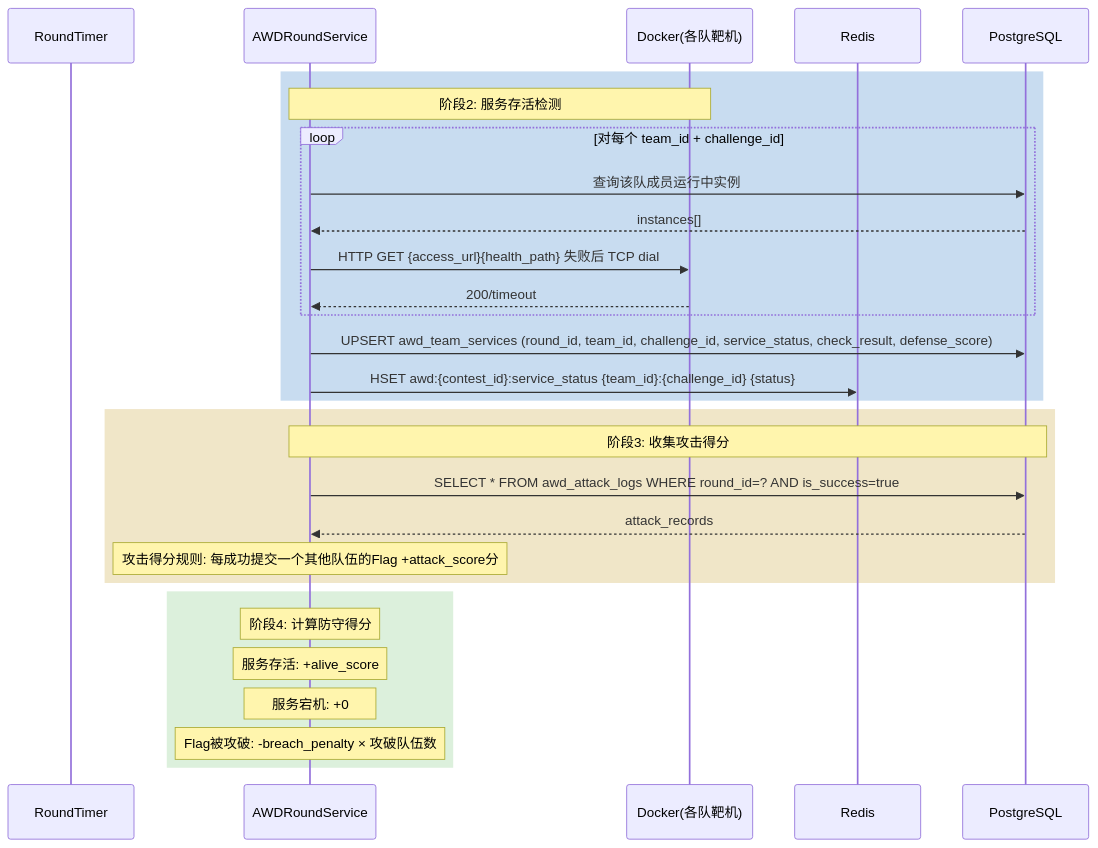
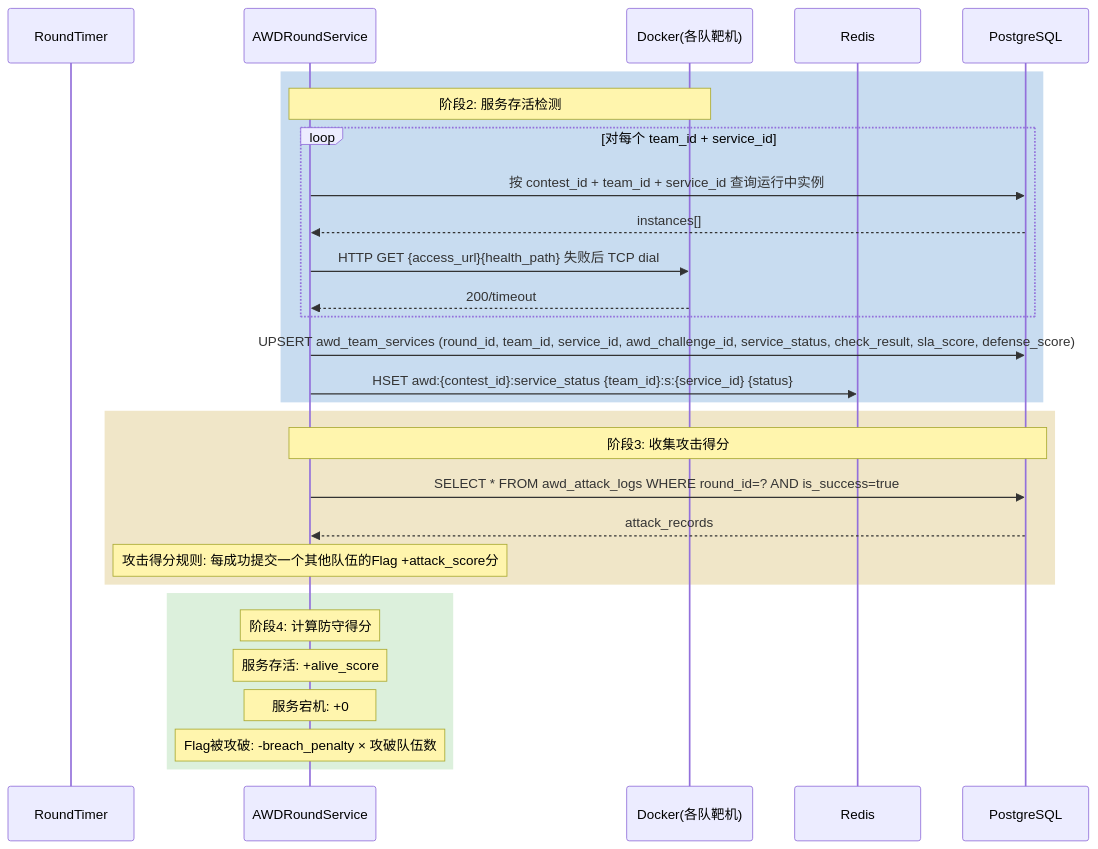
One commit to architectcgz/ctf changed diagram 13 of 18 in docs/architecture/backend/05-key-flows.md. Above: the diagram before and after it, drawn with Mermaid. The commit also changed other lines of this file and 397 other files, not shown here.

````diff
--- a/docs/architecture/backend/05-key-flows.md
+++ b/docs/architecture/backend/05-key-flows.md
@@ -789,34 +790,34 @@
 ```mermaid
 sequenceDiagram
     participant RT as RoundTimer
     participant AWD as AWDRoundService
     participant Docker as Docker(各队靶机)
     participant Redis
     participant PG as PostgreSQL
 
     rect rgb(200, 220, 240)
         Note over AWD, Docker: 阶段2: 服务存活检测
-        loop 对每个 team_id + challenge_id
-            AWD->>PG: 查询该队成员运行中实例
+        loop 对每个 team_id + service_id
+            AWD->>PG: 按 contest_id + team_id + service_id 查询运行中实例
             PG-->>AWD: instances[]
             AWD->>Docker: HTTP GET {access_url}{health_path} 失败后 TCP dial
             Docker-->>AWD: 200/timeout
         end
-        AWD->>PG: UPSERT awd_team_services (round_id, team_id, challenge_id, service_status, check_result, defense_score)
-        AWD->>Redis: HSET awd:{contest_id}:service_status {team_id}:{challenge_id} {status}
+        AWD->>PG: UPSERT awd_team_services (round_id, team_id, service_id, awd_challenge_id, service_status, check_result, sla_score, defense_score)
+        AWD->>Redis: HSET awd:{contest_id}:service_status {team_id}:s:{service_id} {status}
     end
 
     rect rgb(240, 230, 200)
         Note over AWD, PG: 阶段3: 收集攻击得分
         AWD->>PG: SELECT * FROM awd_attack_logs WHERE round_id=? AND is_success=true
         PG-->>AWD: attack_records
         Note over AWD: 攻击得分规则: 每成功提交一个其他队伍的Flag +attack_score分
     end
 
     rect rgb(220, 240, 220)
         Note over AWD: 阶段4: 计算防守得分
         Note over AWD: 服务存活: +alive_score
         Note over AWD: 服务宕机: +0
         Note over AWD: Flag被攻破: -breach_penalty × 攻破队伍数
     end
 ```
````
